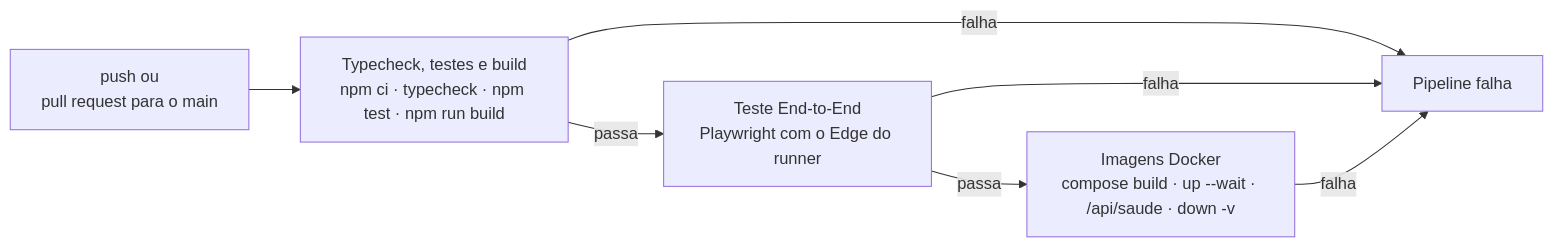
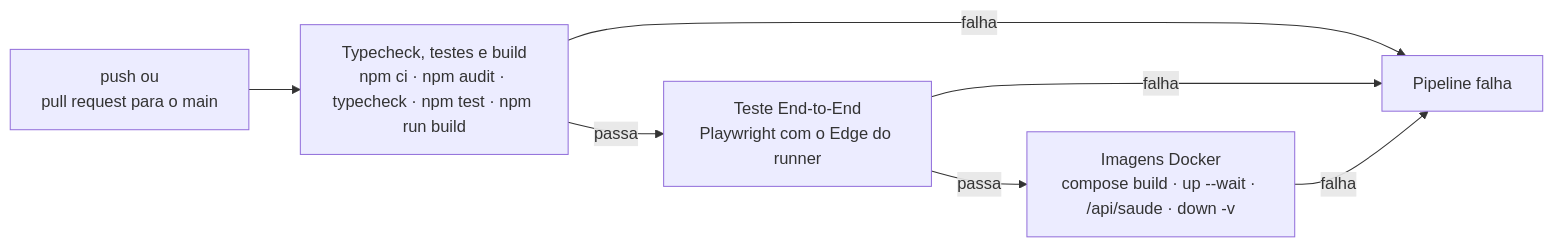
The third of 3 diagrams in docs/architecture.md (ines-giesteira/matriz), drawn with Mermaid before and after one commit. The commit also changed other lines of this file and 6 other files, not shown here.

First line of the commit message:
feat: análise de dependências na pipeline com npm audit (Ficha 5, Desafio A, P47) (#9)

````diff
--- a/docs/architecture.md
+++ b/docs/architecture.md
@@ -156,9 +156,9 @@
 ```mermaid
 flowchart LR
-    E["push ou<br/>pull request para o main"] --> V["Typecheck, testes e build<br/>npm ci · typecheck · npm test · npm run build"]
+    E["push ou<br/>pull request para o main"] --> V["Typecheck, testes e build<br/>npm ci · npm audit · typecheck · npm test · npm run build"]
     V -->|passa| T["Teste End-to-End<br/>Playwright com o Edge do runner"]
     T -->|passa| D["Imagens Docker<br/>compose build · up --wait · /api/saude · down -v"]
     V -->|falha| X[Pipeline falha]
     T -->|falha| X
     D -->|falha| X
 ```
````
